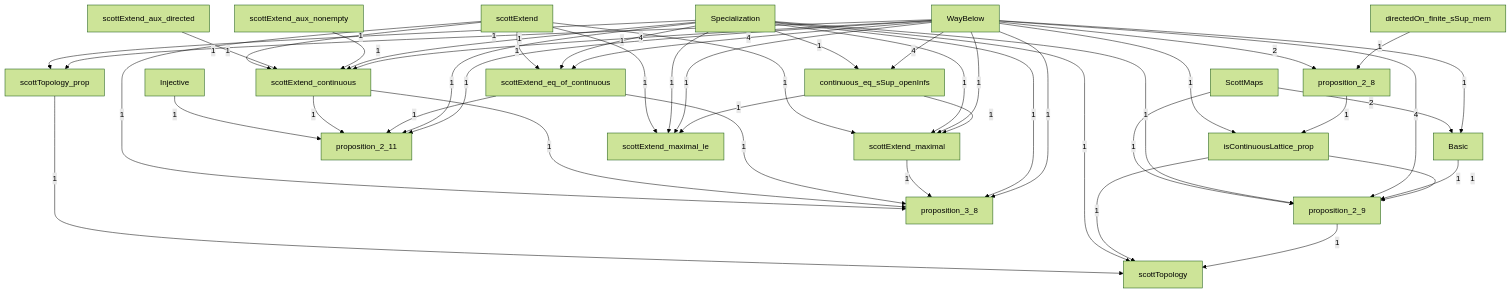
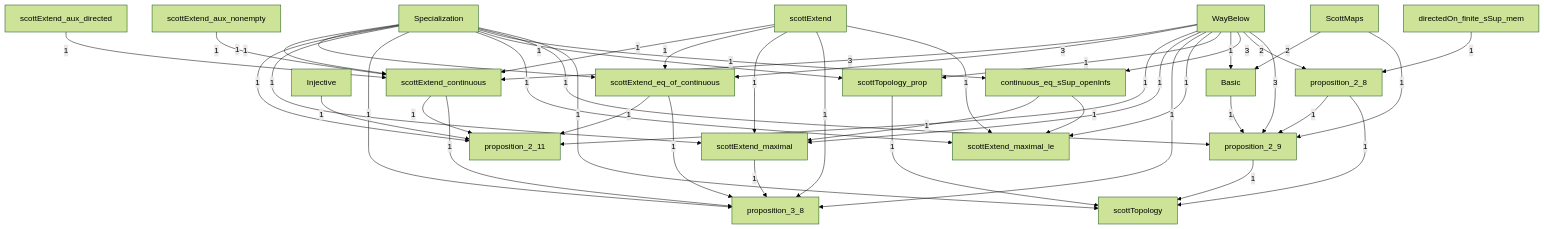
One commit to catskillsresearch/DomainTheory changed the diagram in DomainTheory/ContinuousLattice/Constructions/Constructions.mermaid. Above: the diagram before and after it, drawn with Mermaid (forest theme). The commit also changed 10 other files, not shown here.

First line of the commit message:
Rename IdemFix to IdempotentFixedPoint and drop isContinuousLattice_prop.

```diff
--- a/DomainTheory/ContinuousLattice/Constructions/Constructions.mermaid
+++ b/DomainTheory/ContinuousLattice/Constructions/Constructions.mermaid
@@ -1,76 +1,73 @@
 %% Inside Constructions. A box is one Lean file in this folder, or one subfolder.
 %% A box named as another folder is that whole folder. A box named as another chapter is that whole chapter.
 %% The arrowhead points at the file or folder that imports. The label is how many direct imports.
 flowchart TB
 
   N4["Basic"]
   N5["continuous_eq_sSup_openInfs"]
   N6["directedOn_finite_sSup_mem"]
   N0["Injective"]
-  N8["isContinuousLattice_prop"]
   N15["proposition_2_11"]
   N7["proposition_2_8"]
   N9["proposition_2_9"]
   N17["proposition_3_8"]
   N10["scottExtend"]
   N11["scottExtend_aux_directed"]
   N12["scottExtend_aux_nonempty"]
   N13["scottExtend_continuous"]
   N14["scottExtend_eq_of_continuous"]
   N16["scottExtend_maximal"]
   N18["scottExtend_maximal_le"]
   N1["ScottMaps"]
   scottTopology["scottTopology"]
   N19["scottTopology_prop"]
   N2["Specialization"]
   N3["WayBelow"]
 
   N10 -->|"1"| N13
   N11 -->|"1"| N13
   N12 -->|"1"| N13
   N2 -->|"1"| N13
-  N3 -->|"4"| N13
+  N3 -->|"3"| N13
   N10 -->|"1"| N14
   N2 -->|"1"| N14
-  N3 -->|"4"| N14
+  N3 -->|"3"| N14
   N0 -->|"1"| N15
   N13 -->|"1"| N15
   N14 -->|"1"| N15
   N2 -->|"1"| N15
   N3 -->|"1"| N15
   N10 -->|"1"| N16
   N2 -->|"1"| N16
   N3 -->|"1"| N16
   N5 -->|"1"| N16
   N10 -->|"1"| N17
   N13 -->|"1"| N17
   N14 -->|"1"| N17
   N16 -->|"1"| N17
   N2 -->|"1"| N17
   N3 -->|"1"| N17
   N10 -->|"1"| N18
   N2 -->|"1"| N18
   N3 -->|"1"| N18
   N5 -->|"1"| N18
   N2 -->|"1"| N19
   N3 -->|"1"| N19
   N1 -->|"2"| N4
   N3 -->|"1"| N4
   N2 -->|"1"| N5
-  N3 -->|"4"| N5
+  N3 -->|"3"| N5
   N3 -->|"2"| N7
   N6 -->|"1"| N7
-  N3 -->|"1"| N8
-  N7 -->|"1"| N8
   N1 -->|"1"| N9
   N2 -->|"1"| N9
-  N3 -->|"4"| N9
+  N3 -->|"3"| N9
   N4 -->|"1"| N9
-  N8 -->|"1"| N9
+  N7 -->|"1"| N9
   N19 -->|"1"| scottTopology
   N2 -->|"1"| scottTopology
-  N8 -->|"1"| scottTopology
+  N7 -->|"1"| scottTopology
   N9 -->|"1"| scottTopology
 
   classDef file fill:#dbeafe,stroke:#1d4ed8,color:#1e3a8a
   classDef ext fill:#f3f4f6,stroke:#374151,color:#111827
```
